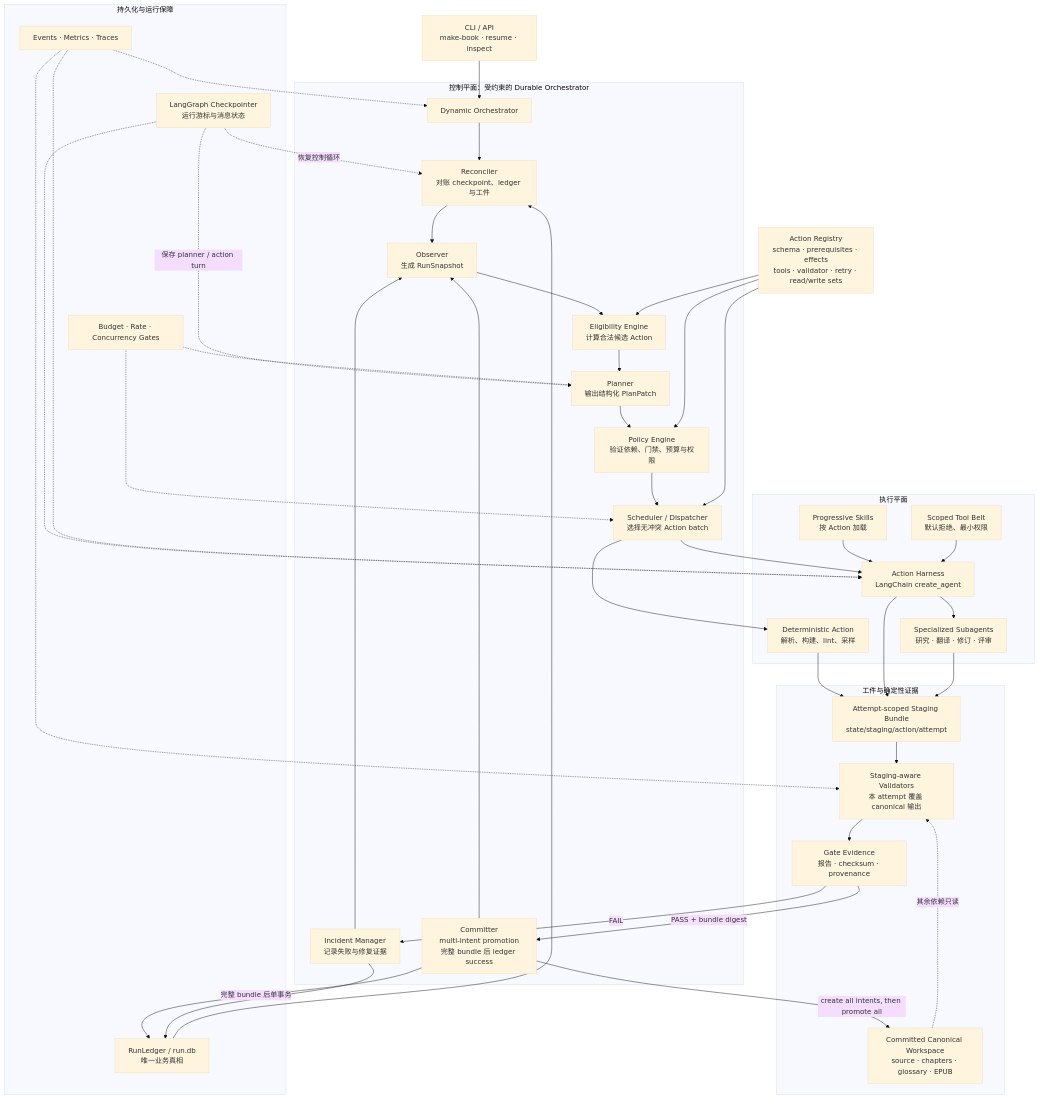
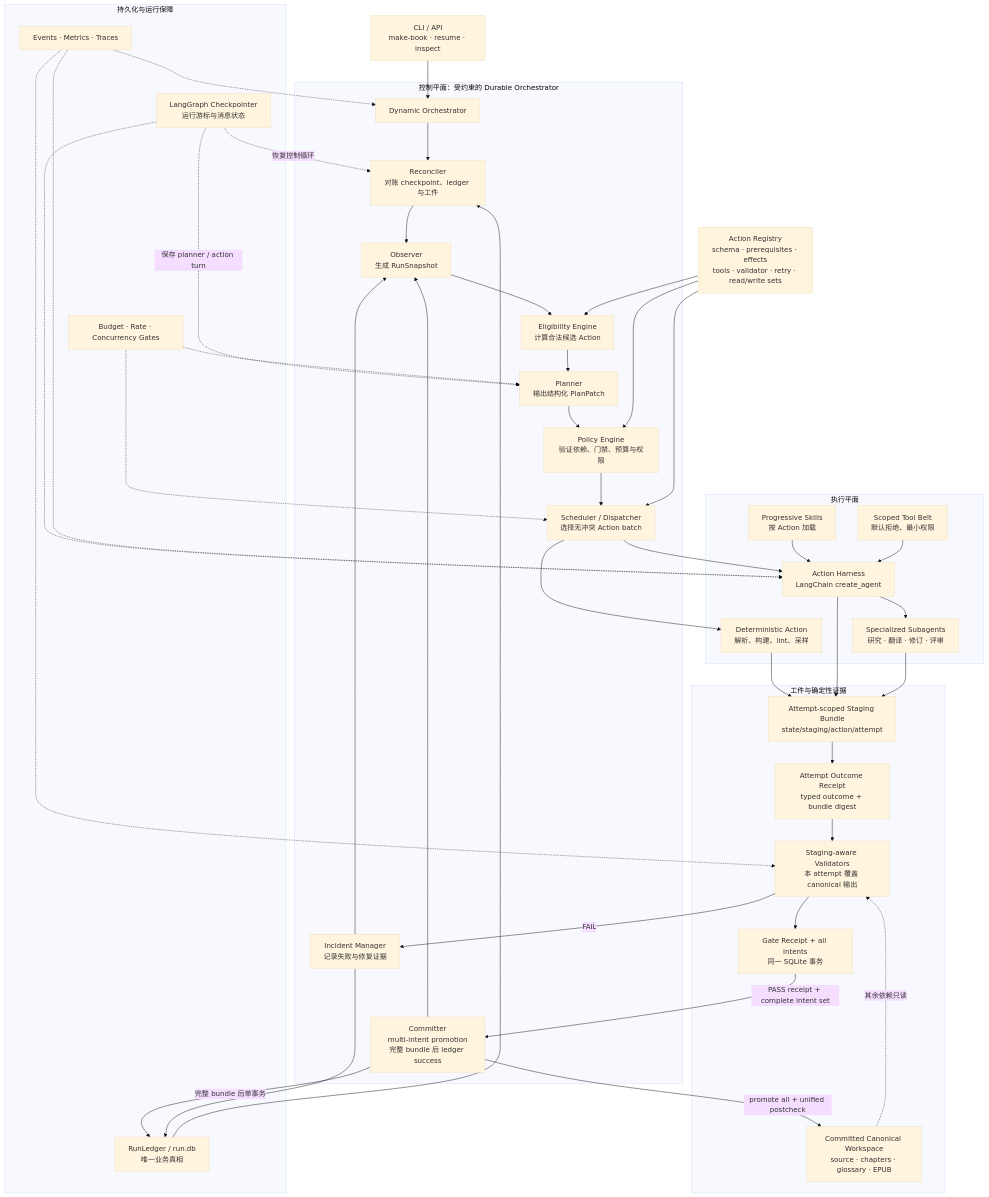
The first of 3 diagrams in docs/design-docs/dynamic-agent-orchestration.md (Valkure-Yip/ai-book-interpreter), drawn with Mermaid (base theme) before and after one commit. The commit also changed other lines of this file and 1 other file, not shown here.

Commit message:
docs: close bundle protocol recovery gaps

````diff
--- a/docs/design-docs/dynamic-agent-orchestration.md
+++ b/docs/design-docs/dynamic-agent-orchestration.md
@@ -116,76 +121,77 @@
 ```mermaid
 flowchart TB
     ENTRY["CLI / API<br/>make-book · resume · inspect"] --> ORCH
 
     subgraph CONTROL["控制平面：受约束的 Durable Orchestrator"]
         ORCH["Dynamic Orchestrator"]
         RECON["Reconciler<br/>对账 checkpoint、ledger 与工件"]
         OBS["Observer<br/>生成 RunSnapshot"]
         ELIG["Eligibility Engine<br/>计算合法候选 Action"]
         PLAN["Planner<br/>输出结构化 PlanPatch"]
         POLICY["Policy Engine<br/>验证依赖、门禁、预算与权限"]
         SCHED["Scheduler / Dispatcher<br/>选择无冲突 Action batch"]
         COMMIT["Committer<br/>multi-intent promotion<br/>完整 bundle 后 ledger success"]
         INCIDENT["Incident Manager<br/>记录失败与修复证据"]
 
         ORCH --> RECON --> OBS --> ELIG --> PLAN --> POLICY --> SCHED
         COMMIT --> OBS
         INCIDENT --> OBS
     end
 
     REGISTRY["Action Registry<br/>schema · prerequisites · effects<br/>tools · validator · retry · read/write sets"]
     REGISTRY --> ELIG
     REGISTRY --> POLICY
     REGISTRY --> SCHED
 
     subgraph EXEC["执行平面"]
         DET["Deterministic Action<br/>解析、构建、lint、采样"]
         HARNESS["Action Harness<br/>LangChain create_agent"]
         SKILLS["Progressive Skills<br/>按 Action 加载"]
         TOOLS["Scoped Tool Belt<br/>默认拒绝、最小权限"]
         SUB["Specialized Subagents<br/>研究 · 翻译 · 修订 · 评审"]
 
         SCHED --> DET
         SCHED --> HARNESS
         SKILLS --> HARNESS
         TOOLS --> HARNESS
         HARNESS --> SUB
     end
 
     subgraph EVIDENCE["工件与确定性证据"]
         STAGING["Attempt-scoped Staging Bundle<br/>state/staging/action/attempt"]
+        OUTREC["Attempt Outcome Receipt<br/>typed outcome + bundle digest"]
         ART["Committed Canonical Workspace<br/>source · chapters · glossary · EPUB"]
         VALID["Staging-aware Validators<br/>本 attempt 覆盖 canonical 输出"]
-        GATE["Gate Evidence<br/>报告 · checksum · provenance"]
+        GATEREC["Gate Receipt + all intents<br/>同一 SQLite 事务"]
 
         DET --> STAGING
         HARNESS --> STAGING
         SUB --> STAGING
-        STAGING --> VALID
+        STAGING --> OUTREC --> VALID
         ART -. "其余依赖只读" .-> VALID
-        VALID --> GATE
+        VALID --> GATEREC
     end
 
-    GATE -- "PASS + bundle digest" --> COMMIT
-    GATE -- "FAIL" --> INCIDENT
-    COMMIT -- "create all intents, then promote all" --> ART
+    GATEREC -- "PASS receipt + complete intent set" --> COMMIT
+    VALID -- "FAIL" --> INCIDENT
+    COMMIT -- "promote all + unified postcheck" --> ART
 
     subgraph DURABLE["持久化与运行保障"]
         LEDGER["RunLedger / run.db<br/>唯一业务真相"]
         CHECKPOINT["LangGraph Checkpointer<br/>运行游标与消息状态"]
         EVENTS["Events · Metrics · Traces"]
         BUDGET["Budget · Rate · Concurrency Gates"]
     end
 
     COMMIT -- "完整 bundle 后单事务" --> LEDGER
     INCIDENT --> LEDGER
     LEDGER --> RECON
     CHECKPOINT -. "恢复控制循环" .-> RECON
     CHECKPOINT -. "保存 planner / action turn" .-> PLAN
     CHECKPOINT -.-> HARNESS
     BUDGET -.-> PLAN
     BUDGET -.-> SCHED
     EVENTS -.-> ORCH
     EVENTS -.-> HARNESS
     EVENTS -.-> VALID
 ```
````
